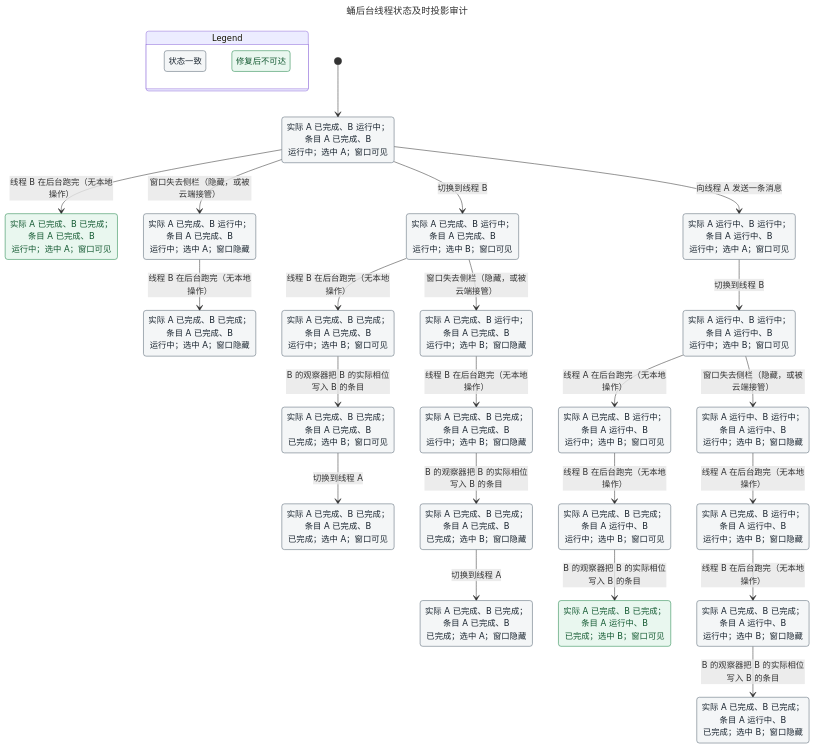
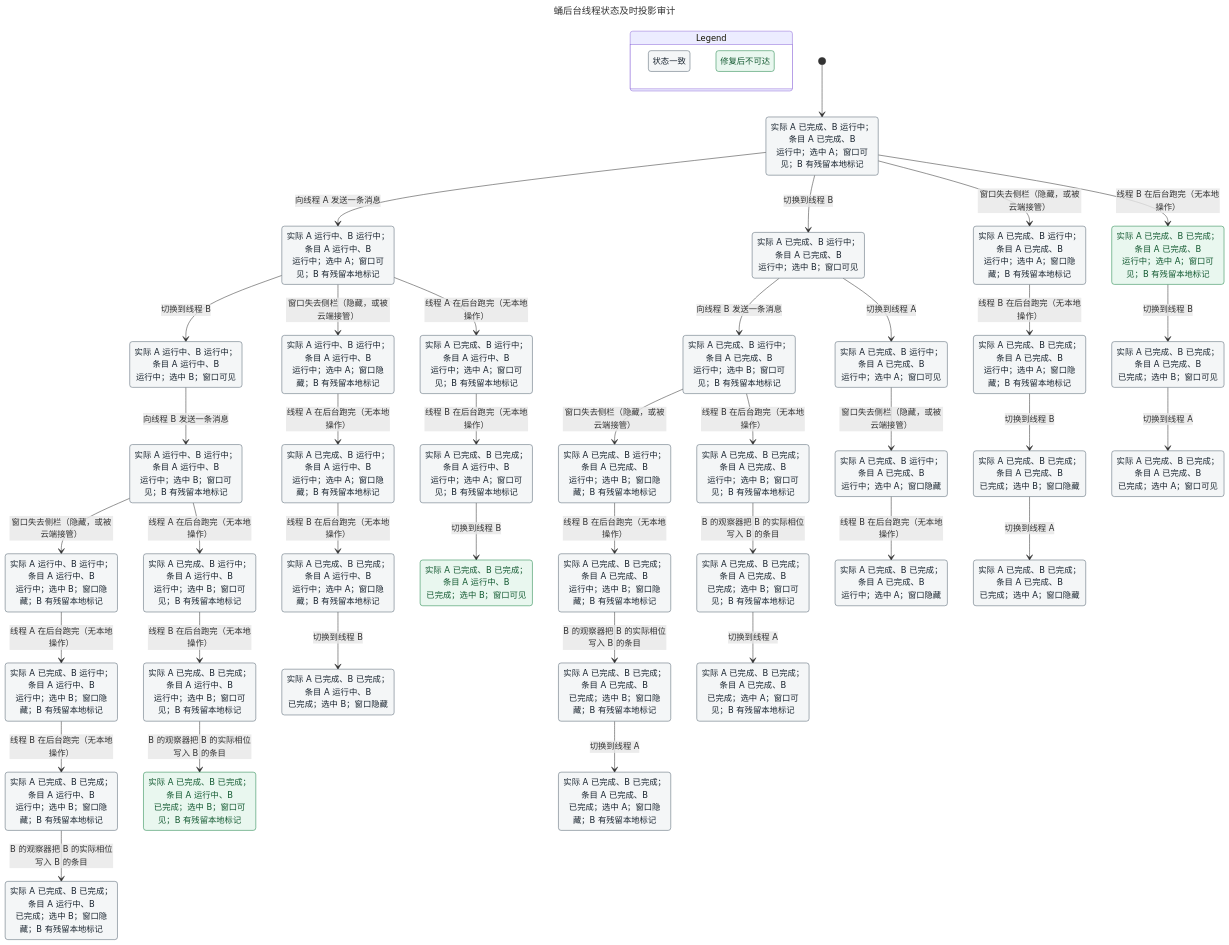
Before and after one commit to ylsdamxssjxxdd/wunder: the diagram in docs/形式化证明/蛹与舵机状态一致性验证/native-status-poll/chart.mmd, drawn with Mermaid. The commit also changed 59 other files, not shown here.

```diff
--- a/docs/形式化证明/蛹与舵机状态一致性验证/native-status-poll/chart.mmd
+++ b/docs/形式化证明/蛹与舵机状态一致性验证/native-status-poll/chart.mmd
@@ -1,90 +1,138 @@
 ---
 title: "蛹后台线程状态及时投影审计"
 config:
   markdownAutoWrap: false
   state:
     useMaxWidth: false
 ---
 stateDiagram-v2
   %% second model (fix): the fix
   classDef works fill:#f4f6f7,stroke:#566573,color:#1b2631
   classDef wrong fill:#fdedec,stroke:#c0392b,color:#7b241c
   classDef fixed fill:#e9f7ef,stroke:#1e8449,color:#145a32
   classDef mixed fill:#fdebd0,stroke:#d35400,color:#7e5109
   classDef after fill:#ffffff,stroke:#808b96,color:#566573
   classDef worse fill:#f4ecf7,stroke:#7d3c98,color:#4a235a
   classDef worksPath fill:#f4f6f7,stroke:#1f3a93,stroke-width:4px,color:#1b2631
   classDef wrongPath fill:#fdedec,stroke:#1f3a93,stroke-width:4px,color:#7b241c
   classDef fixedPath fill:#e9f7ef,stroke:#1f3a93,stroke-width:4px,color:#145a32
   classDef mixedPath fill:#fdebd0,stroke:#1f3a93,stroke-width:4px,color:#7e5109
   classDef afterPath fill:#ffffff,stroke:#1f3a93,stroke-width:4px,color:#566573
   classDef worsePath fill:#f4ecf7,stroke:#1f3a93,stroke-width:4px,color:#4a235a
   state "Legend" as legend {
     state "状态一致" as legendWorks
     state "修复后不可达" as legendFixed
   }
   class legendWorks works
   class legendFixed fixed
   state "实际 A 已完成、B 已完成；条目 A 已完成、B<br/>已完成；选中 A；窗口可见" as s0
-  state "实际 A 已完成、B 已完成；条目 A 已完成、B<br/>已完成；选中 A；窗口隐藏" as s1
-  state "实际 A 已完成、B 已完成；条目 A 已完成、B<br/>已完成；选中 B；窗口可见" as s2
-  state "实际 A 已完成、B 已完成；条目 A 已完成、B<br/>已完成；选中 B；窗口隐藏" as s3
-  state "实际 A 已完成、B 已完成；条目 A 已完成、B<br/>运行中；选中 A；窗口可见" as s4
-  state "实际 A 已完成、B 已完成；条目 A 已完成、B<br/>运行中；选中 A；窗口隐藏" as s5
-  state "实际 A 已完成、B 已完成；条目 A 已完成、B<br/>运行中；选中 B；窗口可见" as s6
-  state "实际 A 已完成、B 已完成；条目 A 已完成、B<br/>运行中；选中 B；窗口隐藏" as s7
-  state "实际 A 已完成、B 已完成；条目 A 运行中、B<br/>已完成；选中 B；窗口可见" as s8
-  state "实际 A 已完成、B 已完成；条目 A 运行中、B<br/>已完成；选中 B；窗口隐藏" as s9
-  state "实际 A 已完成、B 已完成；条目 A 运行中、B<br/>运行中；选中 B；窗口可见" as s10
-  state "实际 A 已完成、B 已完成；条目 A 运行中、B<br/>运行中；选中 B；窗口隐藏" as s11
-  state "实际 A 已完成、B 运行中；条目 A 已完成、B<br/>运行中；选中 A；窗口可见" as s12
-  state "实际 A 已完成、B 运行中；条目 A 已完成、B<br/>运行中；选中 A；窗口隐藏" as s13
-  state "实际 A 已完成、B 运行中；条目 A 已完成、B<br/>运行中；选中 B；窗口可见" as s14
-  state "实际 A 已完成、B 运行中；条目 A 已完成、B<br/>运行中；选中 B；窗口隐藏" as s15
-  state "实际 A 已完成、B 运行中；条目 A 运行中、B<br/>运行中；选中 B；窗口可见" as s16
-  state "实际 A 已完成、B 运行中；条目 A 运行中、B<br/>运行中；选中 B；窗口隐藏" as s17
-  state "实际 A 运行中、B 运行中；条目 A 运行中、B<br/>运行中；选中 A；窗口可见" as s18
-  state "实际 A 运行中、B 运行中；条目 A 运行中、B<br/>运行中；选中 B；窗口可见" as s19
-  state "实际 A 运行中、B 运行中；条目 A 运行中、B<br/>运行中；选中 B；窗口隐藏" as s20
-  [*] --> s12
-  s12 --> s18 : 向线程 A 发送一条消息
-  s12 --> s14 : 切换到线程 B
-  s12 --> s13 : 窗口失去侧栏（隐藏，或被云端接管）
-  s12 --> s4 : 线程 B 在后台跑完（无本地操作）
-  s18 --> s19 : 切换到线程 B
-  s14 --> s15 : 窗口失去侧栏（隐藏，或被云端接管）
-  s14 --> s6 : 线程 B 在后台跑完（无本地操作）
-  s13 --> s5 : 线程 B 在后台跑完（无本地操作）
-  s19 --> s20 : 窗口失去侧栏（隐藏，或被云端接管）
-  s19 --> s16 : 线程 A 在后台跑完（无本地操作）
-  s15 --> s7 : 线程 B 在后台跑完（无本地操作）
-  s6 --> s2 : B 的观察器把 B 的实际相位写入 B 的条目
-  s20 --> s17 : 线程 A 在后台跑完（无本地操作）
-  s16 --> s10 : 线程 B 在后台跑完（无本地操作）
-  s7 --> s3 : B 的观察器把 B 的实际相位写入 B 的条目
-  s2 --> s0 : 切换到线程 A
-  s17 --> s11 : 线程 B 在后台跑完（无本地操作）
-  s10 --> s8 : B 的观察器把 B 的实际相位写入 B 的条目
-  s3 --> s1 : 切换到线程 A
-  s11 --> s9 : B 的观察器把 B 的实际相位写入 B 的条目
+  state "实际 A 已完成、B 已完成；条目 A 已完成、B<br/>已完成；选中 A；窗口可见；B 有残留本地标记" as s1
+  state "实际 A 已完成、B 已完成；条目 A 已完成、B<br/>已完成；选中 A；窗口隐藏" as s2
+  state "实际 A 已完成、B 已完成；条目 A 已完成、B<br/>已完成；选中 A；窗口隐藏；B 有残留本地标记" as s3
+  state "实际 A 已完成、B 已完成；条目 A 已完成、B<br/>已完成；选中 B；窗口可见" as s4
+  state "实际 A 已完成、B 已完成；条目 A 已完成、B<br/>已完成；选中 B；窗口可见；B 有残留本地标记" as s5
+  state "实际 A 已完成、B 已完成；条目 A 已完成、B<br/>已完成；选中 B；窗口隐藏" as s6
+  state "实际 A 已完成、B 已完成；条目 A 已完成、B<br/>已完成；选中 B；窗口隐藏；B 有残留本地标记" as s7
+  state "实际 A 已完成、B 已完成；条目 A 已完成、B<br/>运行中；选中 A；窗口可见；B 有残留本地标记" as s8
+  state "实际 A 已完成、B 已完成；条目 A 已完成、B<br/>运行中；选中 A；窗口隐藏" as s9
+  state "实际 A 已完成、B 已完成；条目 A 已完成、B<br/>运行中；选中 A；窗口隐藏；B 有残留本地标记" as s10
+  state "实际 A 已完成、B 已完成；条目 A 已完成、B<br/>运行中；选中 B；窗口可见；B 有残留本地标记" as s11
+  state "实际 A 已完成、B 已完成；条目 A 已完成、B<br/>运行中；选中 B；窗口隐藏；B 有残留本地标记" as s12
+  state "实际 A 已完成、B 已完成；条目 A 运行中、B<br/>已完成；选中 B；窗口可见" as s13
+  state "实际 A 已完成、B 已完成；条目 A 运行中、B<br/>已完成；选中 B；窗口可见；B 有残留本地标记" as s14
+  state "实际 A 已完成、B 已完成；条目 A 运行中、B<br/>已完成；选中 B；窗口隐藏" as s15
+  state "实际 A 已完成、B 已完成；条目 A 运行中、B<br/>已完成；选中 B；窗口隐藏；B 有残留本地标记" as s16
+  state "实际 A 已完成、B 已完成；条目 A 运行中、B<br/>运行中；选中 A；窗口可见；B 有残留本地标记" as s17
+  state "实际 A 已完成、B 已完成；条目 A 运行中、B<br/>运行中；选中 A；窗口隐藏；B 有残留本地标记" as s18
+  state "实际 A 已完成、B 已完成；条目 A 运行中、B<br/>运行中；选中 B；窗口可见；B 有残留本地标记" as s19
+  state "实际 A 已完成、B 已完成；条目 A 运行中、B<br/>运行中；选中 B；窗口隐藏；B 有残留本地标记" as s20
+  state "实际 A 已完成、B 运行中；条目 A 已完成、B<br/>运行中；选中 A；窗口可见" as s21
+  state "实际 A 已完成、B 运行中；条目 A 已完成、B<br/>运行中；选中 A；窗口可见；B 有残留本地标记" as s22
+  state "实际 A 已完成、B 运行中；条目 A 已完成、B<br/>运行中；选中 A；窗口隐藏" as s23
+  state "实际 A 已完成、B 运行中；条目 A 已完成、B<br/>运行中；选中 A；窗口隐藏；B 有残留本地标记" as s24
+  state "实际 A 已完成、B 运行中；条目 A 已完成、B<br/>运行中；选中 B；窗口可见" as s25
+  state "实际 A 已完成、B 运行中；条目 A 已完成、B<br/>运行中；选中 B；窗口可见；B 有残留本地标记" as s26
+  state "实际 A 已完成、B 运行中；条目 A 已完成、B<br/>运行中；选中 B；窗口隐藏；B 有残留本地标记" as s27
+  state "实际 A 已完成、B 运行中；条目 A 运行中、B<br/>运行中；选中 A；窗口可见；B 有残留本地标记" as s28
+  state "实际 A 已完成、B 运行中；条目 A 运行中、B<br/>运行中；选中 A；窗口隐藏；B 有残留本地标记" as s29
+  state "实际 A 已完成、B 运行中；条目 A 运行中、B<br/>运行中；选中 B；窗口可见；B 有残留本地标记" as s30
+  state "实际 A 已完成、B 运行中；条目 A 运行中、B<br/>运行中；选中 B；窗口隐藏；B 有残留本地标记" as s31
+  state "实际 A 运行中、B 运行中；条目 A 运行中、B<br/>运行中；选中 A；窗口可见；B 有残留本地标记" as s32
+  state "实际 A 运行中、B 运行中；条目 A 运行中、B<br/>运行中；选中 A；窗口隐藏；B 有残留本地标记" as s33
+  state "实际 A 运行中、B 运行中；条目 A 运行中、B<br/>运行中；选中 B；窗口可见" as s34
+  state "实际 A 运行中、B 运行中；条目 A 运行中、B<br/>运行中；选中 B；窗口可见；B 有残留本地标记" as s35
+  state "实际 A 运行中、B 运行中；条目 A 运行中、B<br/>运行中；选中 B；窗口隐藏；B 有残留本地标记" as s36
+  [*] --> s22
+  s22 --> s32 : 向线程 A 发送一条消息
+  s22 --> s25 : 切换到线程 B
+  s22 --> s24 : 窗口失去侧栏（隐藏，或被云端接管）
+  s22 --> s8 : 线程 B 在后台跑完（无本地操作）
+  s32 --> s34 : 切换到线程 B
+  s32 --> s33 : 窗口失去侧栏（隐藏，或被云端接管）
+  s32 --> s28 : 线程 A 在后台跑完（无本地操作）
+  s25 --> s26 : 向线程 B 发送一条消息
+  s25 --> s21 : 切换到线程 A
+  s24 --> s10 : 线程 B 在后台跑完（无本地操作）
+  s8 --> s4 : 切换到线程 B
+  s34 --> s35 : 向线程 B 发送一条消息
+  s33 --> s29 : 线程 A 在后台跑完（无本地操作）
+  s28 --> s17 : 线程 B 在后台跑完（无本地操作）
+  s26 --> s27 : 窗口失去侧栏（隐藏，或被云端接管）
+  s26 --> s11 : 线程 B 在后台跑完（无本地操作）
+  s21 --> s23 : 窗口失去侧栏（隐藏，或被云端接管）
+  s10 --> s6 : 切换到线程 B
+  s4 --> s0 : 切换到线程 A
+  s35 --> s36 : 窗口失去侧栏（隐藏，或被云端接管）
+  s35 --> s30 : 线程 A 在后台跑完（无本地操作）
+  s29 --> s18 : 线程 B 在后台跑完（无本地操作）
+  s17 --> s13 : 切换到线程 B
+  s27 --> s12 : 线程 B 在后台跑完（无本地操作）
+  s11 --> s5 : B 的观察器把 B 的实际相位写入 B 的条目
+  s23 --> s9 : 线程 B 在后台跑完（无本地操作）
+  s6 --> s2 : 切换到线程 A
+  s36 --> s31 : 线程 A 在后台跑完（无本地操作）
+  s30 --> s19 : 线程 B 在后台跑完（无本地操作）
+  s18 --> s15 : 切换到线程 B
+  s12 --> s7 : B 的观察器把 B 的实际相位写入 B 的条目
+  s5 --> s1 : 切换到线程 A
+  s31 --> s20 : 线程 B 在后台跑完（无本地操作）
+  s19 --> s14 : B 的观察器把 B 的实际相位写入 B 的条目
+  s7 --> s3 : 切换到线程 A
+  s20 --> s16 : B 的观察器把 B 的实际相位写入 B 的条目
   class s0 works
   class s1 works
   class s2 works
   class s3 works
-  class s4 fixed
+  class s4 works
   class s5 works
   class s6 works
   class s7 works
   class s8 fixed
   class s9 works
   class s10 works
   class s11 works
   class s12 works
-  class s13 works
-  class s14 works
+  class s13 fixed
+  class s14 fixed
   class s15 works
   class s16 works
   class s17 works
   class s18 works
   class s19 works
   class s20 works
+  class s21 works
+  class s22 works
+  class s23 works
+  class s24 works
+  class s25 works
+  class s26 works
+  class s27 works
+  class s28 works
+  class s29 works
+  class s30 works
+  class s31 works
+  class s32 works
+  class s33 works
+  class s34 works
+  class s35 works
+  class s36 works
```
